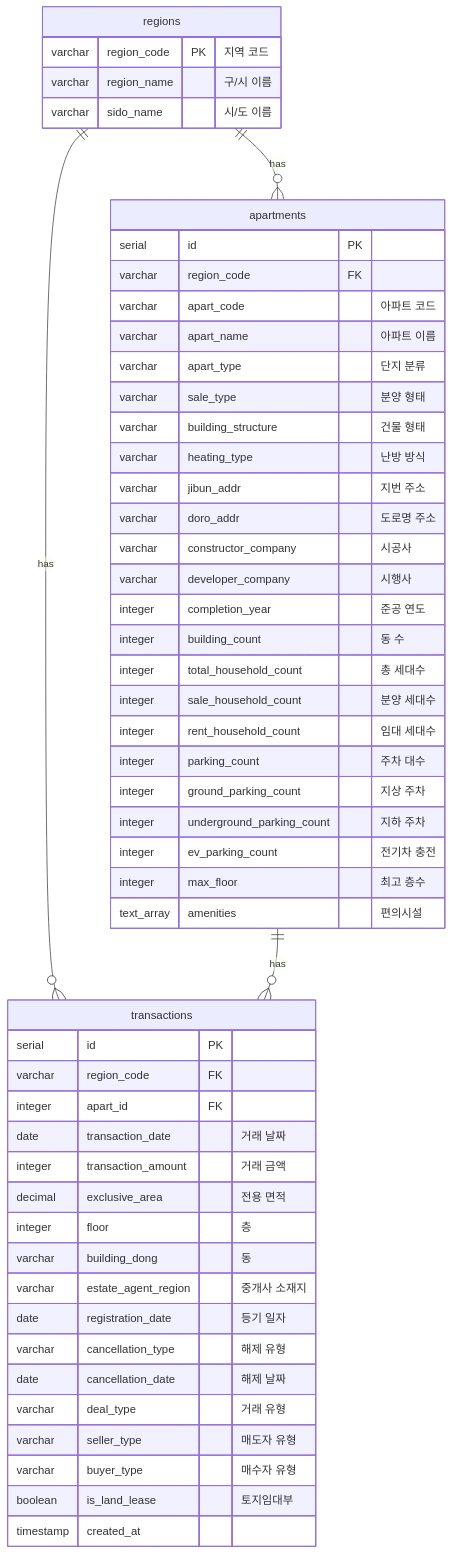
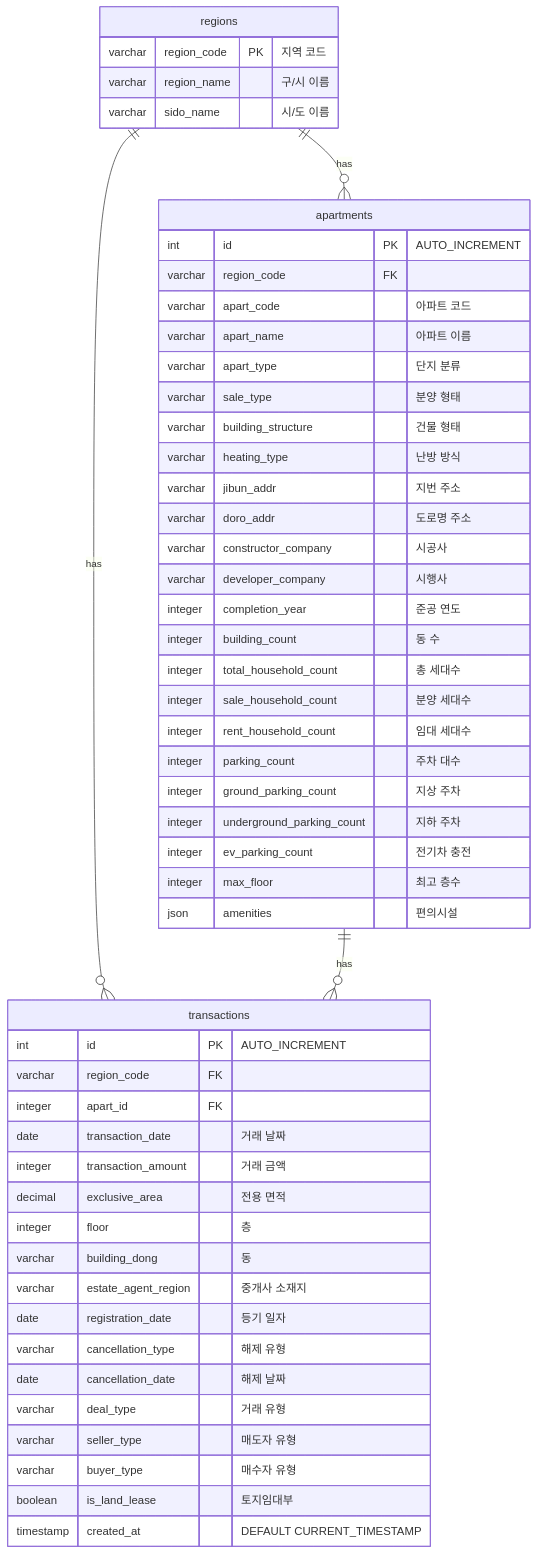
One commit to polym-team/polymorph-app changed the diagram in apps/jibsayo/ERD.md. Above: the diagram before and after it, drawn with Mermaid.

Commit message:
feat: ERD 수정

````diff
--- a/apps/jibsayo/ERD.md
+++ b/apps/jibsayo/ERD.md
@@ -5,58 +5,58 @@
 ```mermaid
 erDiagram
     regions ||--o{ apartments : "has"
     regions ||--o{ transactions : "has"
     apartments ||--o{ transactions : "has"
 
     regions {
         varchar region_code PK "지역 코드"
         varchar region_name "구/시 이름"
         varchar sido_name "시/도 이름"
     }
 
     apartments {
-        serial id PK
+        int id PK "AUTO_INCREMENT"
         varchar region_code FK
         varchar apart_code "아파트 코드"
         varchar apart_name "아파트 이름"
         varchar apart_type "단지 분류"
         varchar sale_type "분양 형태"
         varchar building_structure "건물 형태"
         varchar heating_type "난방 방식"
         varchar jibun_addr "지번 주소"
         varchar doro_addr "도로명 주소"
         varchar constructor_company "시공사"
         varchar developer_company "시행사"
         integer completion_year "준공 연도"
         integer building_count "동 수"
         integer total_household_count "총 세대수"
         integer sale_household_count "분양 세대수"
         integer rent_household_count "임대 세대수"
         integer parking_count "주차 대수"
         integer ground_parking_count "지상 주차"
         integer underground_parking_count "지하 주차"
         integer ev_parking_count "전기차 충전"
         integer max_floor "최고 층수"
-        text_array amenities "편의시설"
+        json amenities "편의시설"
     }
 
     transactions {
-        serial id PK
+        int id PK "AUTO_INCREMENT"
         varchar region_code FK
         integer apart_id FK
         date transaction_date "거래 날짜"
         integer transaction_amount "거래 금액"
         decimal exclusive_area "전용 면적"
         integer floor "층"
         varchar building_dong "동"
         varchar estate_agent_region "중개사 소재지"
         date registration_date "등기 일자"
         varchar cancellation_type "해제 유형"
         date cancellation_date "해제 날짜"
         varchar deal_type "거래 유형"
         varchar seller_type "매도자 유형"
         varchar buyer_type "매수자 유형"
         boolean is_land_lease "토지임대부"
-        timestamp created_at
+        timestamp created_at "DEFAULT CURRENT_TIMESTAMP"
     }
 ```
````
